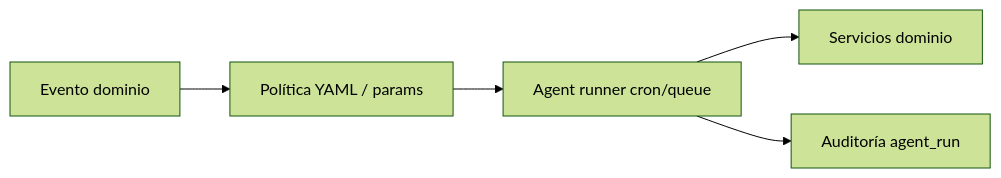
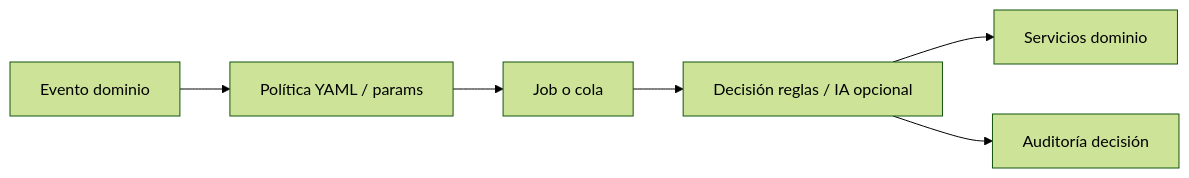
One commit to luischanferoni/bioenlace changed the diagram in web/docs/producto/ideas-a-futuro/agentes-autonomos-backlog.md. Above: the diagram before and after it, drawn with Mermaid (forest theme). The commit also changed other lines of this file, not shown here.

````diff
--- a/web/docs/producto/ideas-a-futuro/agentes-autonomos-backlog.md
+++ b/web/docs/producto/ideas-a-futuro/agentes-autonomos-backlog.md
@@ -629,11 +690,12 @@
 ```mermaid
 flowchart LR
   EV[Evento dominio]
   POL[Política YAML / params]
-  AG[Agent runner cron/queue]
+  RUN[Job o cola]
+  DEC[Decisión reglas / IA opcional]
   DOM[Servicios dominio]
-  AUD[Auditoría agent_run]
-  EV --> POL --> AG
-  AG --> DOM
-  AG --> AUD
+  AUD[Auditoría decisión]
+  EV --> POL --> RUN
+  RUN --> DEC --> DOM
+  DEC --> AUD
 ```
````
